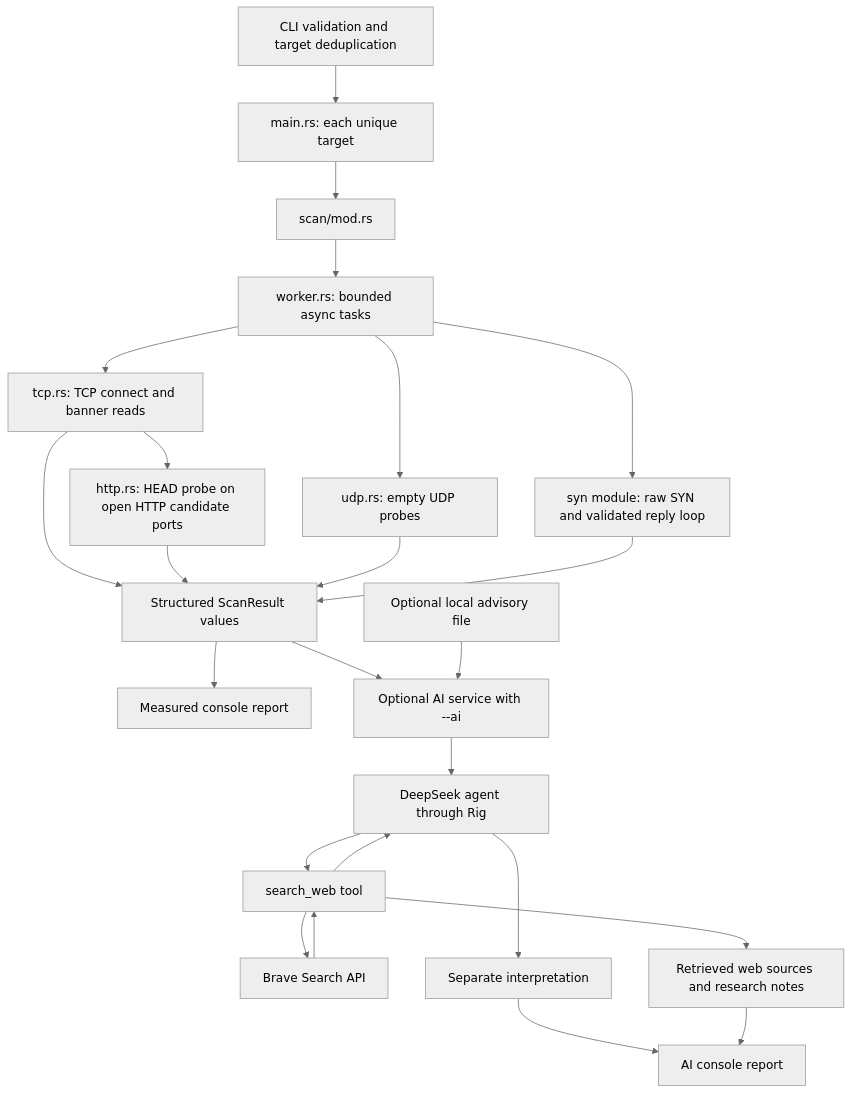
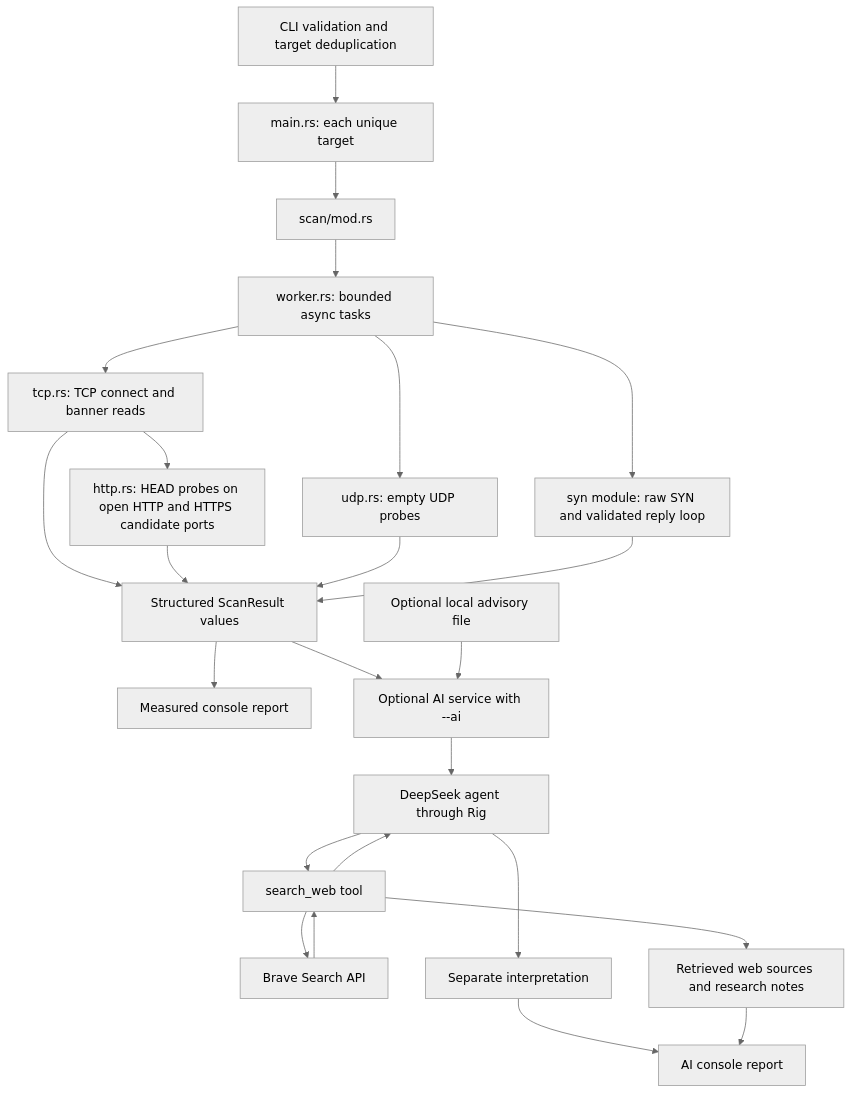
Before and after one commit to frankye961/rmap: the diagram in docs/architecture.md, drawn with Mermaid (neutral theme). The commit also changed other lines of this file and 8 other files, not shown here.

````diff
--- a/docs/architecture.md
+++ b/docs/architecture.md
@@ -11,26 +14,26 @@
 ```mermaid
 flowchart TD
     CLI[CLI validation and target deduplication] --> Hosts[main.rs: each unique target]
     Hosts --> Entry[scan/mod.rs]
     Entry --> Pool[worker.rs: bounded async tasks]
     Pool --> TCP[tcp.rs: TCP connect and banner reads]
     Pool --> UDP[udp.rs: empty UDP probes]
     Pool --> SYN[syn module: raw SYN and validated reply loop]
-    TCP --> HTTP[http.rs: HEAD probe on open HTTP candidate ports]
+    TCP --> HTTP[http.rs: HEAD probes on open HTTP and HTTPS candidate ports]
     TCP --> Results[Structured ScanResult values]
     HTTP --> Results
     UDP --> Results
     SYN --> Results
     Results --> Report[Measured console report]
     Results --> AI[Optional AI service with --ai]
     Local[Optional local advisory file] --> AI
     AI --> Agent[DeepSeek agent through Rig]
     Agent --> Search[search_web tool]
     Search --> Brave[Brave Search API]
     Brave --> Search
     Search --> Agent
     Agent --> Analysis[Separate interpretation]
     Search --> Evidence[Retrieved web sources and research notes]
     Analysis --> AIReport[AI console report]
     Evidence --> AIReport
 ```
````
